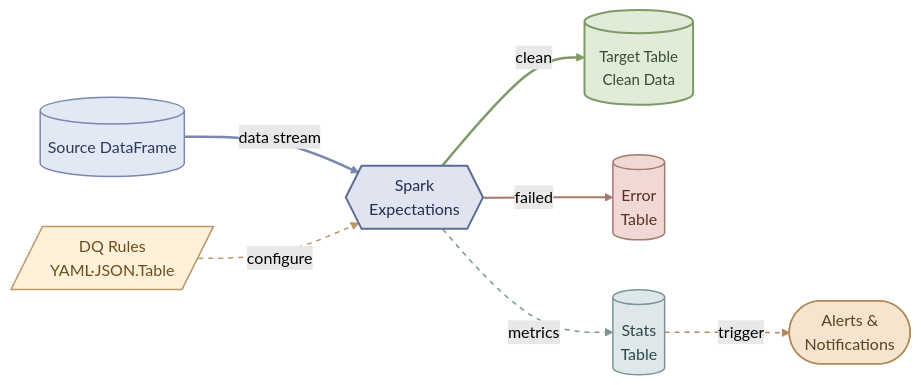
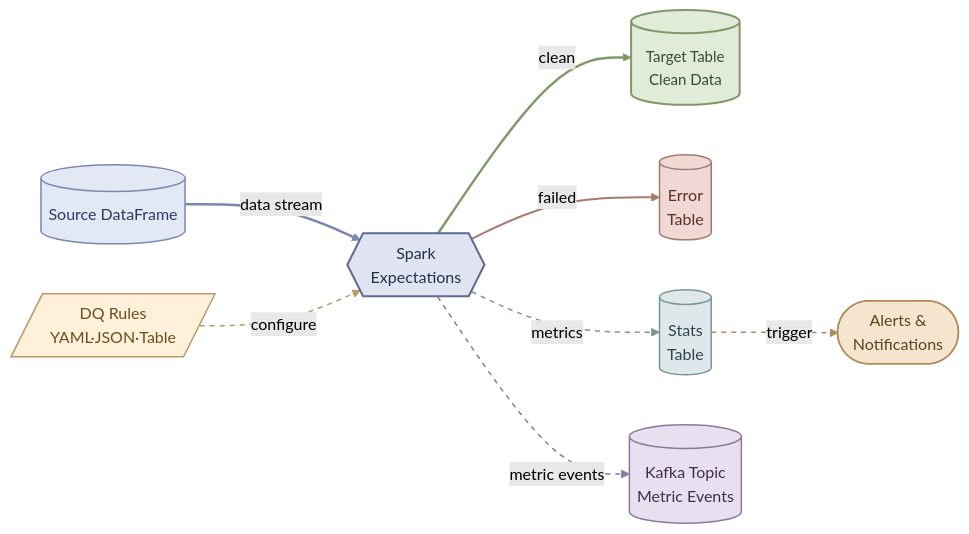
One commit to Nike-Inc/spark-expectations changed the first of 2 diagrams in docs/index.md. Above: the diagram before and after it, drawn with Mermaid (forest theme). The commit also changed other lines of this file, not shown here.

Commit message:
docs: add Kafka metric events to data flow diagram (#321)
Show optional stats streaming to Kafka in the home page overview so readers see all observability outputs at a glance.

````diff
--- a/docs/index.md
+++ b/docs/index.md
@@ -7,31 +7,35 @@
 ```mermaid
 flowchart LR
     Source[("Source DataFrame")]:::src
-    Rules[/"DQ Rules<br/>YAML·JSON.Table"/]:::cfg
+    Rules[/"DQ Rules<br/>YAML·JSON·Table"/]:::cfg
     Filter{{"Spark<br/>Expectations"}}:::filt
     Target[("&nbsp;&nbsp;Target Table&nbsp;&nbsp;<br/>Clean Data")]:::good
     Error[("Error<br/>Table")]:::bad
     Stats[("Stats<br/>Table")]:::obs
+    Kafka[("Kafka Topic<br/>Metric Events")]:::kafka
     Alerts(["Alerts &<br/>Notifications"]):::alrt
 
     Source ==>|"data stream"| Filter ==>|"clean"| Target
     Rules -.->|"configure"| Filter
     Filter ==>|"failed"| Error
     Filter -.->|"metrics"| Stats
+    Filter -.->|"metric events"| Kafka
     Stats -.->|"trigger"| Alerts
 
     classDef src fill:#E3E8F5,stroke:#7A88B0,color:#2E3A5C,stroke-width:1.5px
     classDef cfg fill:#FFF0D9,stroke:#B89968,color:#6B4E1F,stroke-width:1.5px
     classDef filt fill:#DFE4F0,stroke:#5C6B94,color:#262E4A,stroke-width:2px
     classDef good fill:#E0EBD8,stroke:#7F9968,color:#354D2C,stroke-width:2px,font-size:15px
     classDef bad fill:#F0D9D4,stroke:#A57A6E,color:#5C2E24,stroke-width:1.5px
     classDef obs fill:#DEE8EA,stroke:#7A9599,color:#2E4548,stroke-width:1.5px
+    classDef kafka fill:#E8E0F0,stroke:#8A7A99,color:#3D2E4A,stroke-width:1.5px
     classDef alrt fill:#F5E4CE,stroke:#B08A5A,color:#5C4321,stroke-width:1.5px
 
     linkStyle 0 stroke:#7A88B0,stroke-width:2.5px
     linkStyle 1 stroke:#7F9968,stroke-width:2.5px
     linkStyle 2 stroke:#B89968,stroke-width:1.5px,stroke-dasharray:5 5
     linkStyle 3 stroke:#A57A6E,stroke-width:2px
     linkStyle 4 stroke:#7A9599,stroke-width:1.5px,stroke-dasharray:5 5
-    linkStyle 5 stroke:#B08A5A,stroke-width:1.5px,stroke-dasharray:5 5
+    linkStyle 5 stroke:#8A7A99,stroke-width:1.5px,stroke-dasharray:5 5
+    linkStyle 6 stroke:#B08A5A,stroke-width:1.5px,stroke-dasharray:5 5
 ```
````
